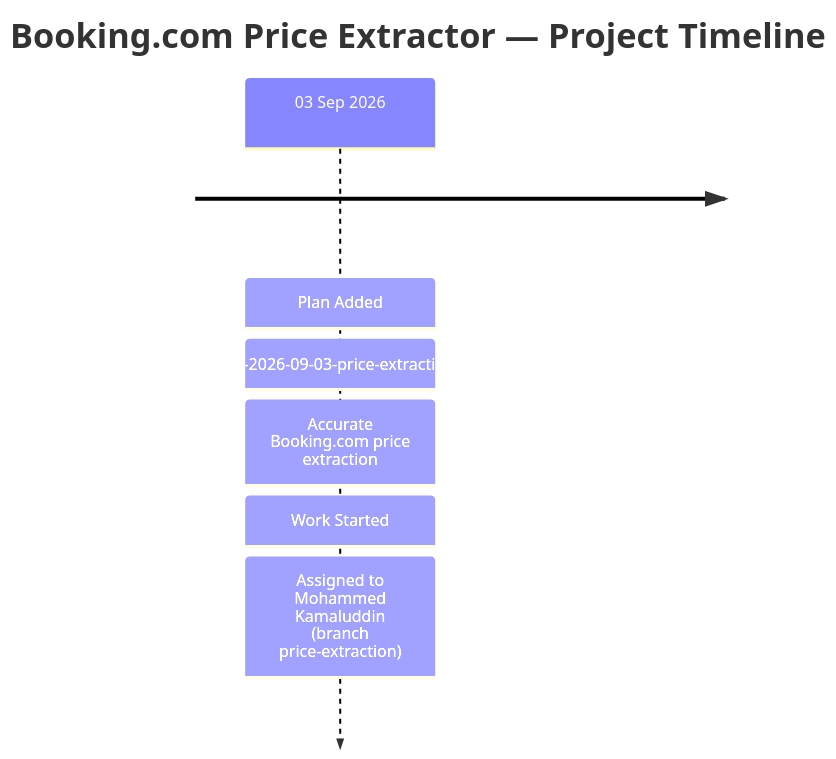
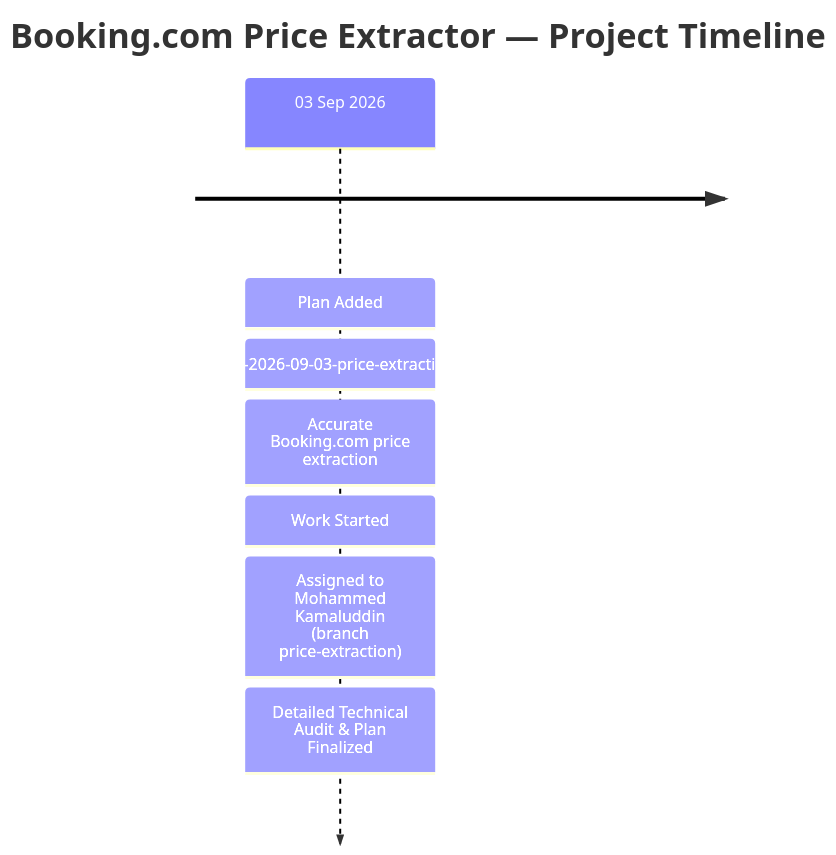
Before and after one commit to kamal-u247/extract_data_bookingcom: the diagram in FUTURE_TIMELINE.md, drawn with Mermaid. The commit also changed other lines of this file and 1 other file, not shown here.

Commit message:
docs(plan): add detailed audited technical plan for FP-2026-09-03-price-extraction

````diff
--- a/FUTURE_TIMELINE.md
+++ b/FUTURE_TIMELINE.md
@@ -11,9 +11,10 @@
 ```mermaid
 timeline
     title Booking.com Price Extractor — Project Timeline
     03 Sep 2026 : Plan Added
                  : FP-2026-09-03-price-extraction
                  : Accurate Booking.com price extraction
                  : Work Started
                  : Assigned to Mohammed Kamaluddin (branch price-extraction)
+                 : Detailed Technical Audit & Plan Finalized
 ```
````
